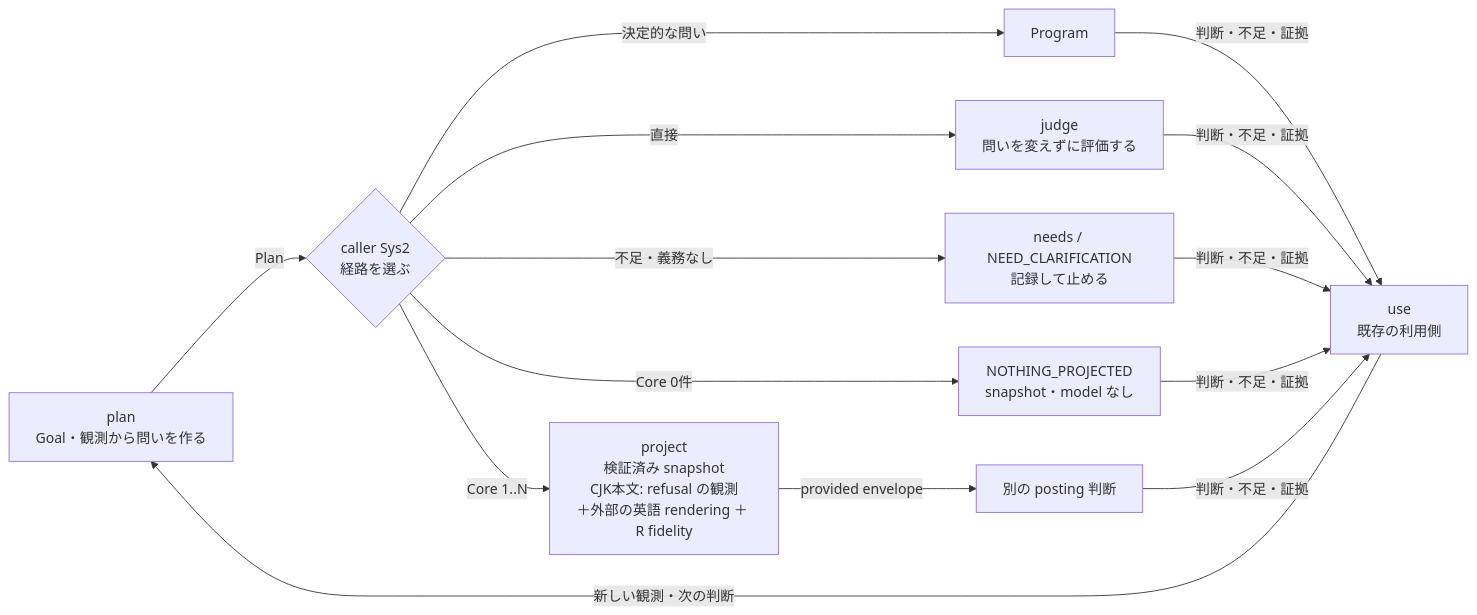
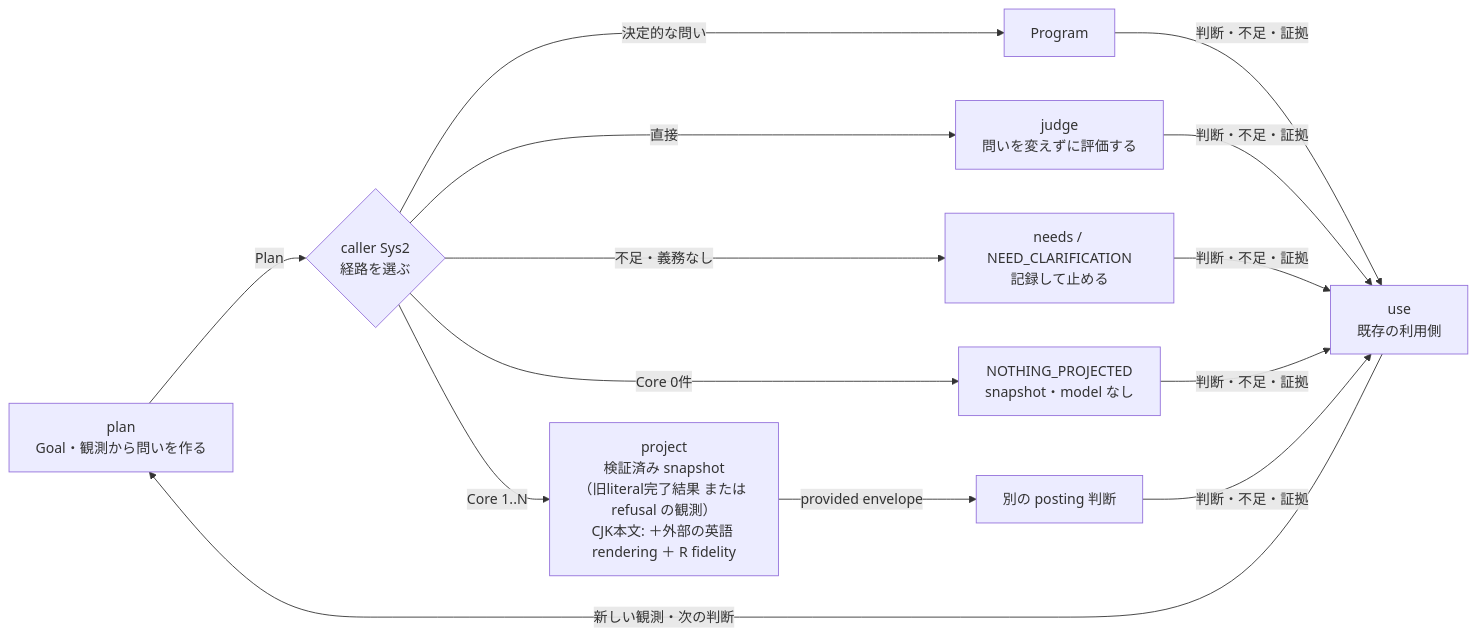
The diagram in experiments/goal-evaluation-unix/README.md (roccho-org/ops), drawn with Mermaid before and after one commit. The commit also changed other lines of this file, not shown here.

First line of the commit message:
docs(goal-eval): name both existing snapshot sources for a CJK Core check

````diff
--- a/experiments/goal-evaluation-unix/README.md
+++ b/experiments/goal-evaluation-unix/README.md
@@ -5,12 +5,12 @@
 ```mermaid
 flowchart LR
     P["plan<br/>Goal・観測から問いを作る"] -->|"Plan"| S{"caller Sys2<br/>経路を選ぶ"}
     S -->|"決定的な問い"| G["Program"]
     S -->|"直接"| J["judge<br/>問いを変えずに評価する"]
     S -->|"不足・義務なし"| N["needs / NEED_CLARIFICATION<br/>記録して止める"]
     S -->|"Core 0件"| Z["NOTHING_PROJECTED<br/>snapshot・model なし"]
-    S -->|"Core 1..N"| X["project<br/>検証済み snapshot<br/>CJK本文: refusal の観測<br/>＋外部の英語 rendering ＋ R fidelity"]
+    S -->|"Core 1..N"| X["project<br/>検証済み snapshot<br/>（旧literal完了結果 または refusal の観測）<br/>CJK本文: ＋外部の英語 rendering ＋ R fidelity"]
     X -->|"provided envelope"| D["別の posting 判断"]
     G & J & N & Z & D -->|"判断・不足・証拠"| U["use<br/>既存の利用側"]
     U -->|"新しい観測・次の判断"| P
 ```
````
